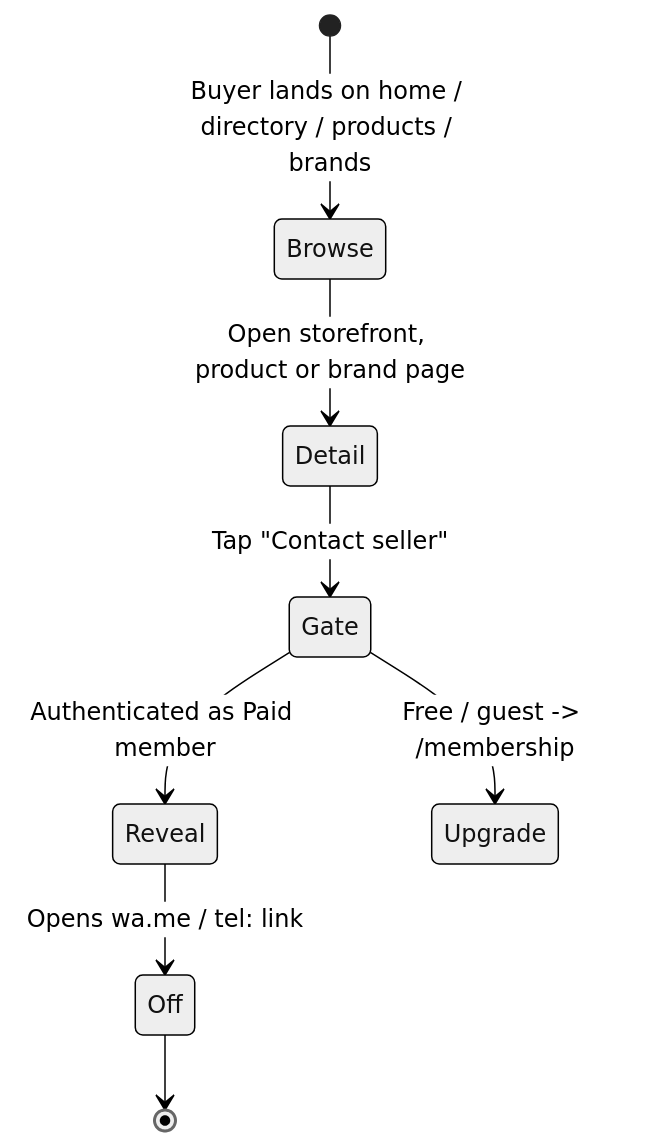
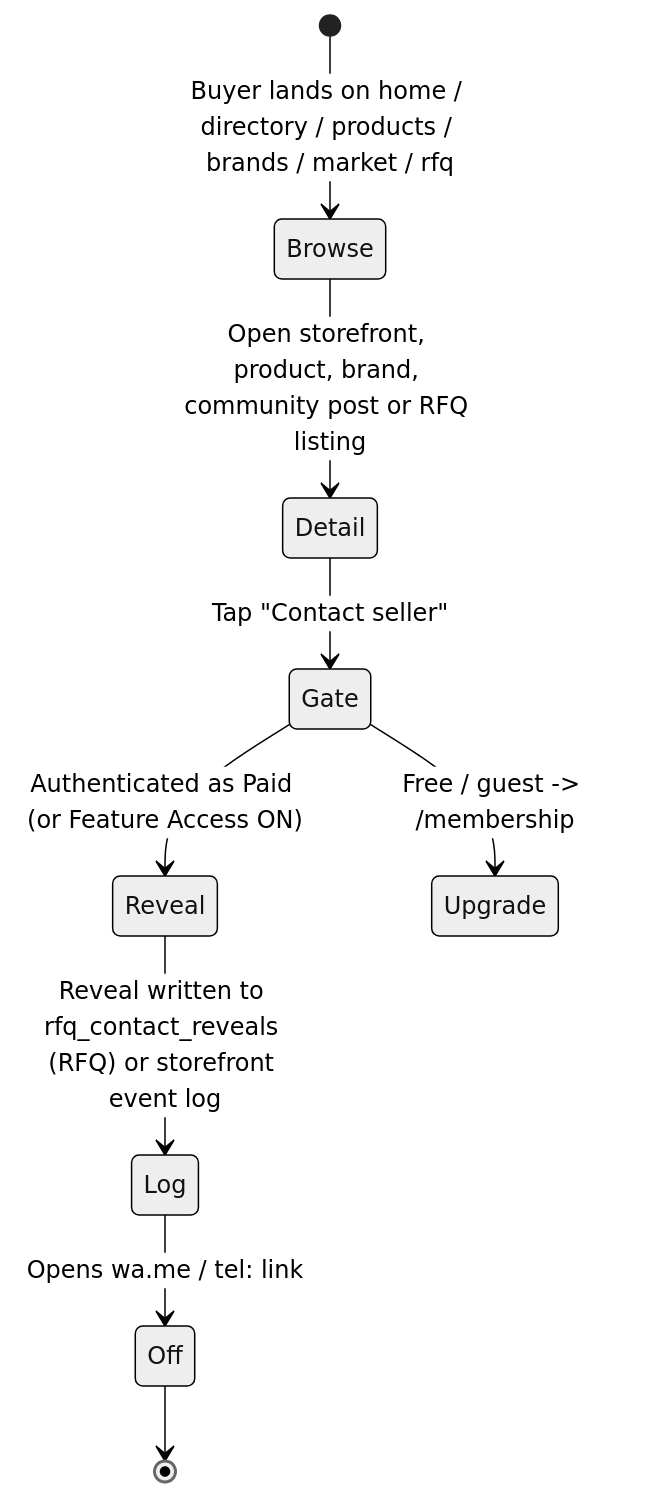
One commit to arka97/mddma-test changed the second of 2 diagrams in src/content/docs/03-product-and-ux.md. Above: the diagram before and after it, drawn with Mermaid (neutral theme). The commit also changed other lines of this file and 7 other files, not shown here.

````diff
--- a/src/content/docs/03-product-and-ux.md
+++ b/src/content/docs/03-product-and-ux.md
@@ -77,10 +87,11 @@
 ```mermaid
 stateDiagram-v2
-  [*] --> Browse: Buyer lands on home / directory / products / brands
-  Browse --> Detail: Open storefront, product or brand page
+  [*] --> Browse: Buyer lands on home / directory / products / brands / market / rfq
+  Browse --> Detail: Open storefront, product, brand, community post or RFQ listing
   Detail --> Gate: Tap "Contact seller"
-  Gate --> Reveal: Authenticated as Paid member
+  Gate --> Reveal: Authenticated as Paid (or Feature Access ON)
   Gate --> Upgrade: Free / guest -> /membership
-  Reveal --> Off: Opens wa.me / tel: link
+  Reveal --> Log: Reveal written to rfq_contact_reveals (RFQ) or storefront event log
+  Log --> Off: Opens wa.me / tel: link
   Off --> [*]
 ```
````
